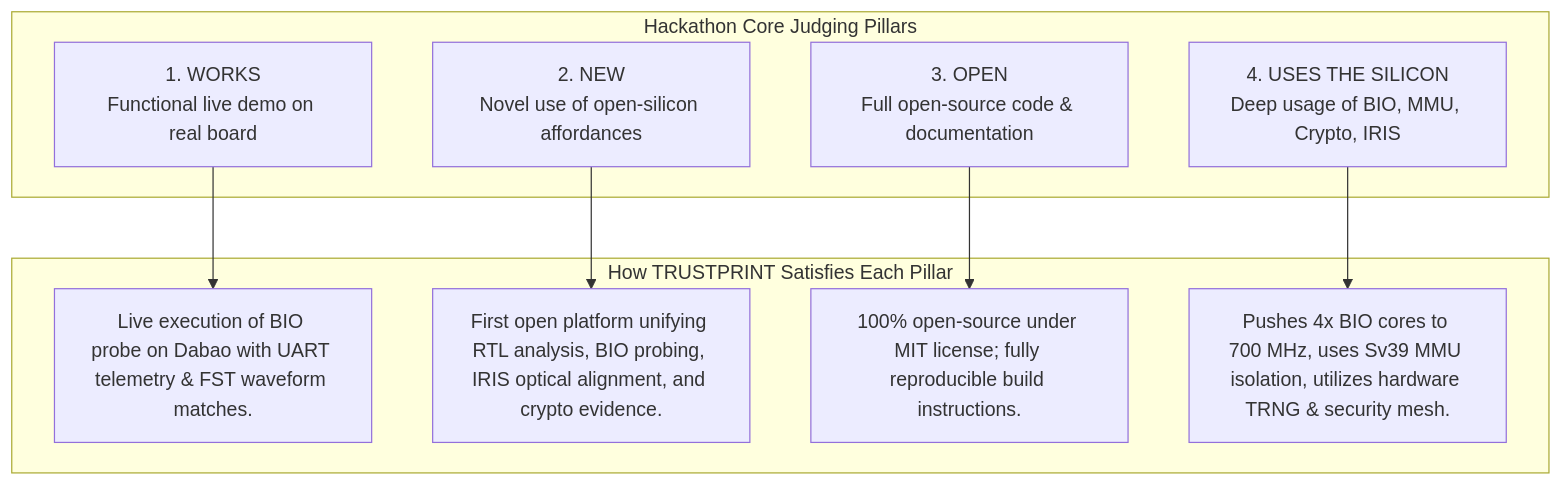
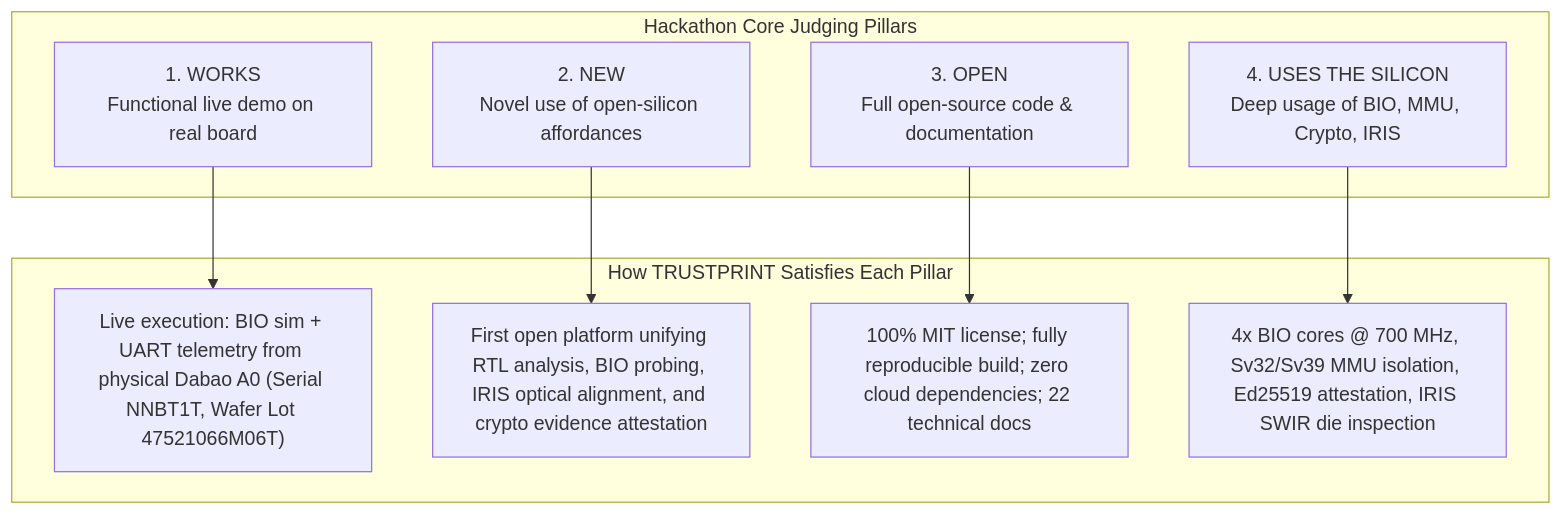
Before and after one commit to sarangchaudhari635-oss/TRUSTPRINT: the diagram in docs/21-demo-and-submission.md, drawn with Mermaid. The commit also changed other lines of this file and 1 other file, not shown here.

````diff
--- a/docs/21-demo-and-submission.md
+++ b/docs/21-demo-and-submission.md
@@ -14,16 +15,16 @@
 ```mermaid
 flowchart TD
     subgraph Pillars ["Hackathon Core Judging Pillars"]
         W["1. WORKS<br/>Functional live demo on real board"]
         N["2. NEW<br/>Novel use of open-silicon affordances"]
         O["3. OPEN<br/>Full open-source code & documentation"]
         S["4. USES THE SILICON<br/>Deep usage of BIO, MMU, Crypto, IRIS"]
     end
 
     subgraph TrustPrintProof ["How TRUSTPRINT Satisfies Each Pillar"]
-        W --> PW["Live execution of BIO probe on Dabao with UART telemetry & FST waveform matches."]
-        N --> PN["First open platform unifying RTL analysis, BIO probing, IRIS optical alignment, and crypto evidence."]
-        O --> PO["100% open-source under MIT license; fully reproducible build instructions."]
-        S --> PS["Pushes 4x BIO cores to 700 MHz, uses Sv39 MMU isolation, utilizes hardware TRNG & security mesh."]
+        W --> PW["Live execution: BIO sim + UART telemetry from physical Dabao A0 (Serial NNBT1T, Wafer Lot 47521066M06T)"]
+        N --> PN["First open platform unifying RTL analysis, BIO probing, IRIS optical alignment, and crypto evidence attestation"]
+        O --> PO["100% MIT license; fully reproducible build; zero cloud dependencies; 22 technical docs"]
+        S --> PS["4x BIO cores @ 700 MHz, Sv32/Sv39 MMU isolation, Ed25519 attestation, IRIS SWIR die inspection"]
     end
 ```
````
